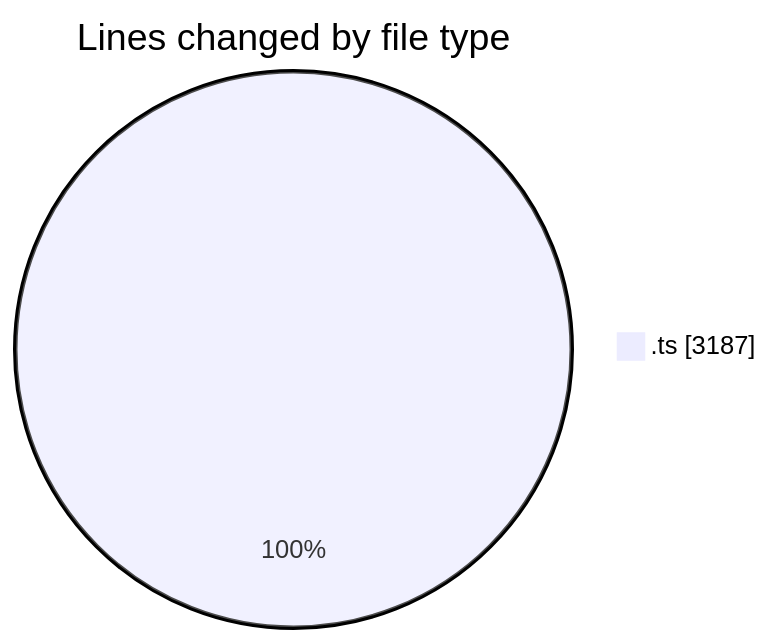
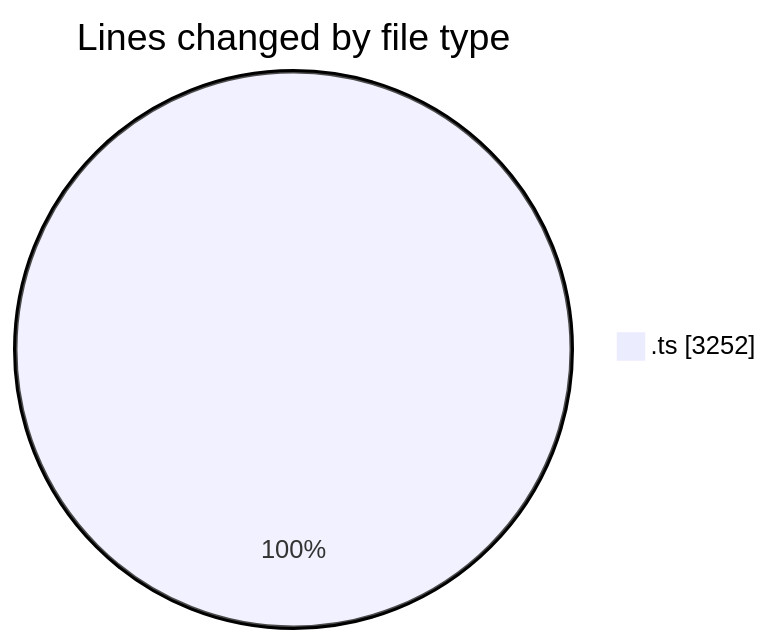
The first of 2 diagrams in 2025-06-24/cda/README.md (momahboobian/code-tracking), drawn with Mermaid before and after one commit. The commit also changed other lines of this file and 1 other file, not shown here.

````diff
--- a/2025-06-24/cda/README.md
+++ b/2025-06-24/cda/README.md
@@ -24,5 +24,5 @@
 ```mermaid
 pie showData
 title Lines changed by file type
-".ts" : 3187
+".ts" : 3252
 ```
````
